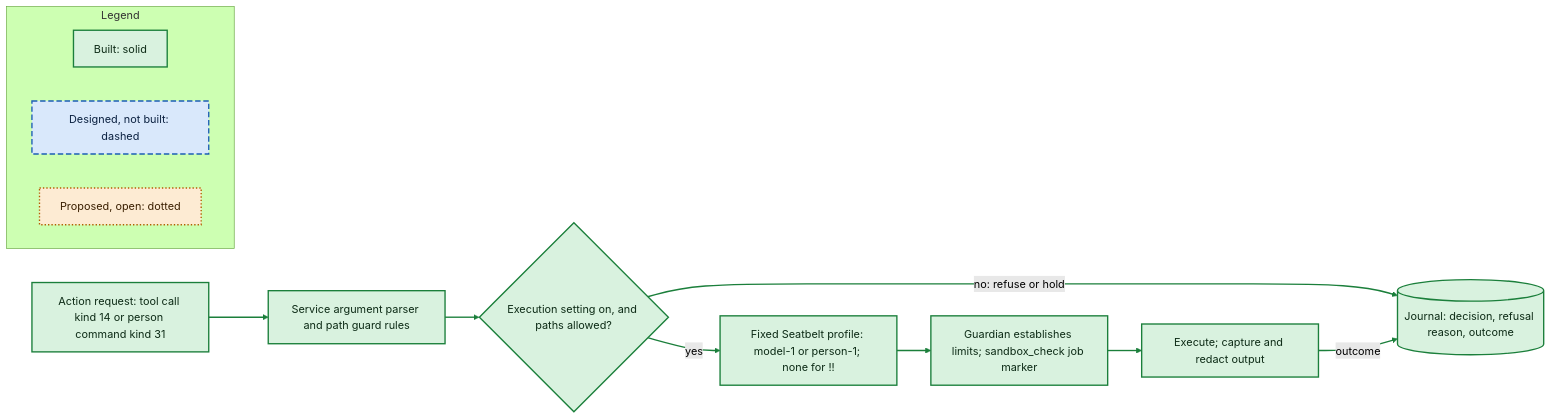
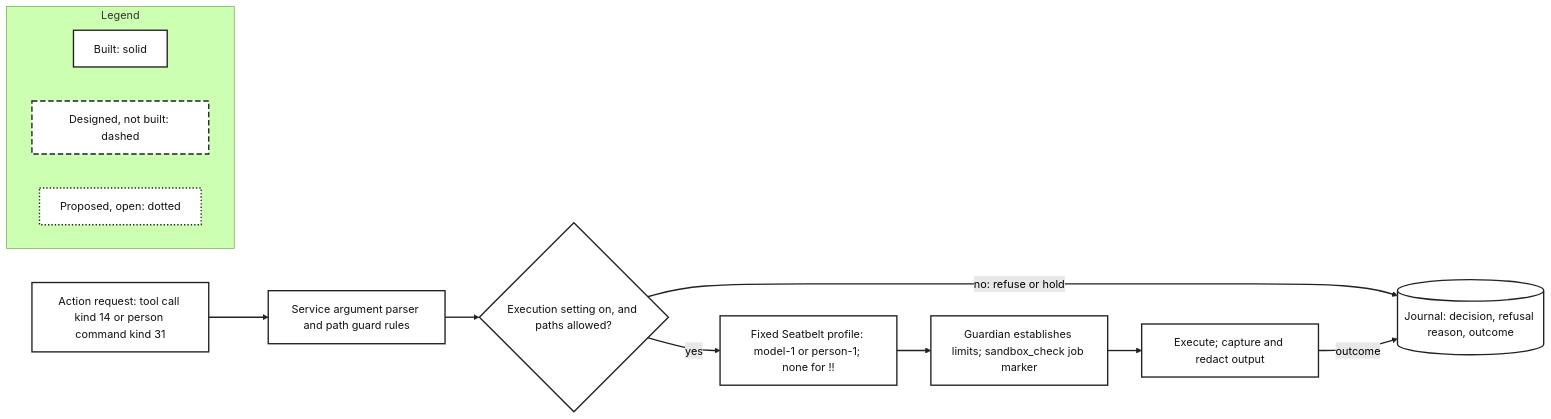
Before and after one commit to pidster/asura: the fourth of 7 diagrams in docs/designs/architecture-overview.md, drawn with Mermaid (forest theme). The commit also changed other lines of this file, not shown here.

First line of the commit message:
Draw the overview diagrams in line styles only, without colour

````diff
--- a/docs/designs/architecture-overview.md
+++ b/docs/designs/architecture-overview.md
@@ -329,27 +328,27 @@
 ```mermaid
 flowchart LR
     Req["Action request: tool call kind 14 or person command kind 31"]:::built
     Arg["Service argument parser and path guard rules"]:::built
     Set{"Execution setting on, and paths allowed?"}:::built
     Fixed["Fixed Seatbelt profile: model-1 or person-1; none for !!"]:::built
     Est["Guardian establishes limits; sandbox_check job marker"]:::built
     Run["Execute; capture and redact output"]:::built
     Jn[("Journal: decision, refusal reason, outcome")]:::built
     Req --> Arg
     Arg --> Set
     Set -->|"yes"| Fixed
     Set -->|"no: refuse or hold"| Jn
     Fixed --> Est
     Est --> Run
     Run -->|"outcome"| Jn
     subgraph Legend["Legend"]
         direction LR
         LB["Built: solid"]:::built
         LD["Designed, not built: dashed"]:::designed
         LP["Proposed, open: dotted"]:::proposed
     end
-    classDef built fill:#d9f2df,stroke:#1b7f3b,stroke-width:2px,color:#0d2b16
-    classDef designed fill:#d9e8fb,stroke:#1d5fb4,stroke-width:2px,stroke-dasharray:8 4,color:#0b2140
-    classDef proposed fill:#fdebd3,stroke:#b25e00,stroke-width:2px,stroke-dasharray:2 3,color:#3a1f00
-    linkStyle 0,1,2,3,4,5,6 stroke:#1b7f3b,stroke-width:2px
+    classDef built fill:#ffffff,stroke:#222222,stroke-width:2px,color:#111111
+    classDef designed fill:#ffffff,stroke:#222222,stroke-width:2px,stroke-dasharray:8 4,color:#111111
+    classDef proposed fill:#ffffff,stroke:#222222,stroke-width:2px,stroke-dasharray:2 3,color:#111111
+    linkStyle 0,1,2,3,4,5,6 stroke:#222222,stroke-width:2px
 ```
````
